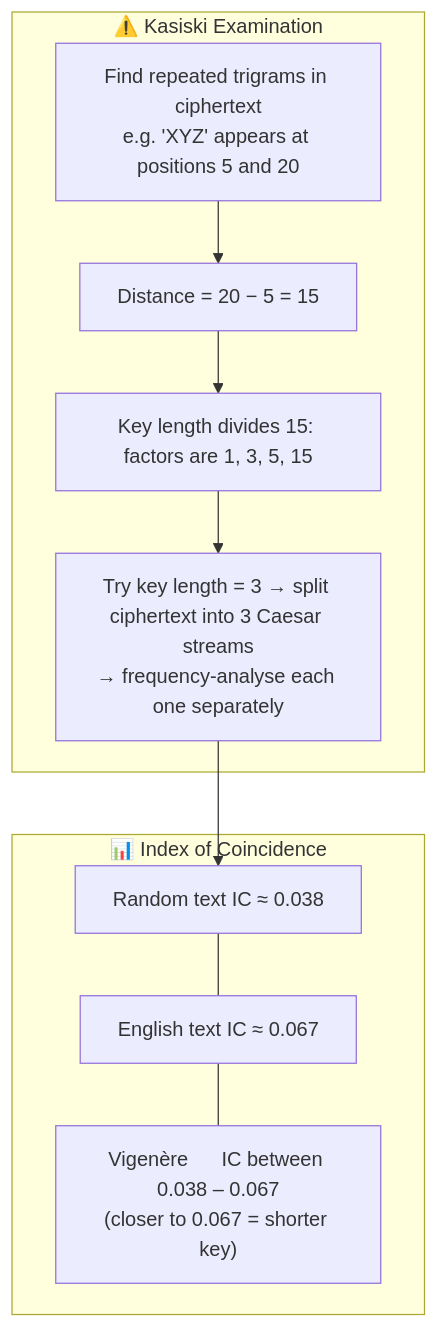
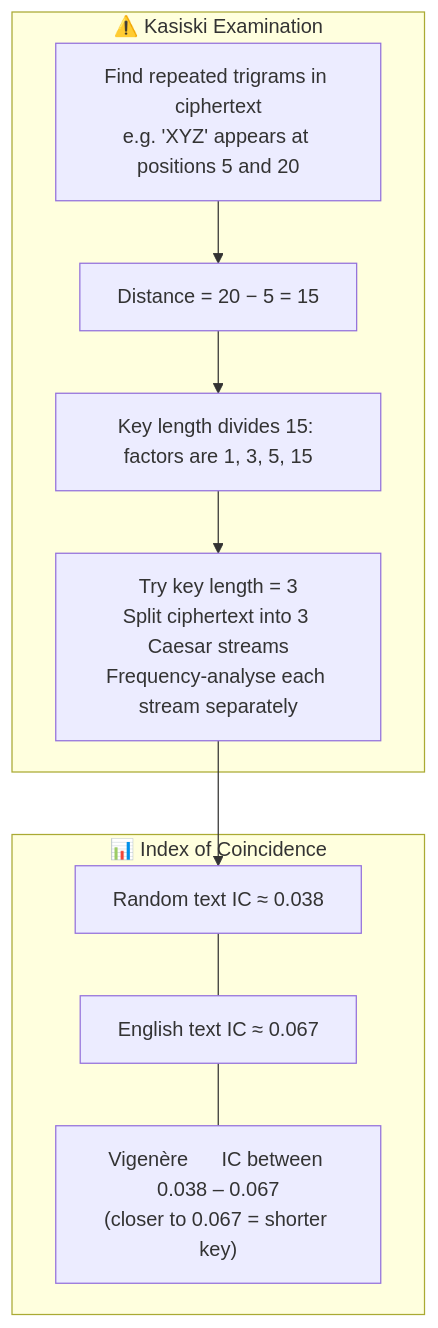
The sixth of 6 diagrams in src/main/java/security/encryption/classic/README.md (csoares/SecurityJava), drawn with Mermaid before and after one commit. The commit also changed other lines of this file and 10 other files, not shown here.

Commit message:
Refine README diagrams and descriptions for clarity and accuracy

````diff
--- a/src/main/java/security/encryption/classic/README.md
+++ b/src/main/java/security/encryption/classic/README.md
@@ -112,19 +110,19 @@
 ```mermaid
 flowchart TD
     subgraph Kasiski ["⚠️ Kasiski Examination"]
         K1["Find repeated trigrams in ciphertext<br/>e.g. 'XYZ' appears at positions 5 and 20"]
         K2["Distance = 20 − 5 = 15"]
         K3["Key length divides 15: factors are 1, 3, 5, 15"]
-        K4["Try key length = 3 → split ciphertext into 3 Caesar streams<br/>→ frequency-analyse each one separately"]
+        K4["Try key length = 3<br/>Split ciphertext into 3 Caesar streams<br/>Frequency-analyse each stream separately"]
         K1 --> K2 --> K3 --> K4
     end
 
     subgraph IC ["📊 Index of Coincidence"]
         IC1["Random text   IC ≈ 0.038"]
         IC2["English text  IC ≈ 0.067"]
         IC3["Vigenère      IC between 0.038 – 0.067<br/>(closer to 0.067 = shorter key)"]
         IC1 --- IC2 --- IC3
     end
 
     K4 --> IC1
 ```
````
